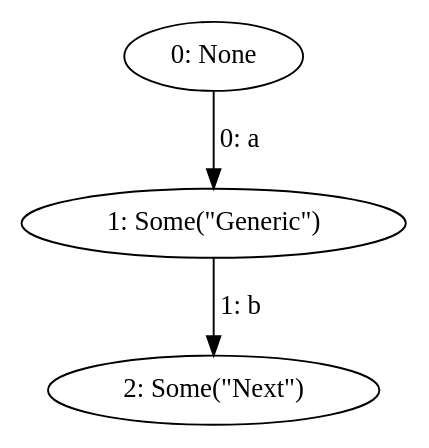
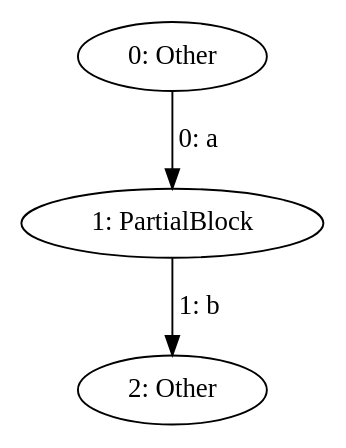
The diagram in partial_block_partial.dot (mohe2015/zero-cost-templating), drawn with Graphviz before and after one commit. The commit also changed 6 other files, not shown here.

```diff
--- a/partial_block_partial.dot
+++ b/partial_block_partial.dot
@@ -1,7 +1,7 @@
 digraph {
-    0 [ label = "0: None" ]
-    1 [ label = "1: Some(\"Generic\")" ]
-    2 [ label = "2: Some(\"Next\")" ]
+    0 [ label = "0: Other" ]
+    1 [ label = "1: PartialBlock" ]
+    2 [ label = "2: Other" ]
     0 -> 1 [ label = "0: a" ]
     1 -> 2 [ label = "1: b" ]
 }
```
